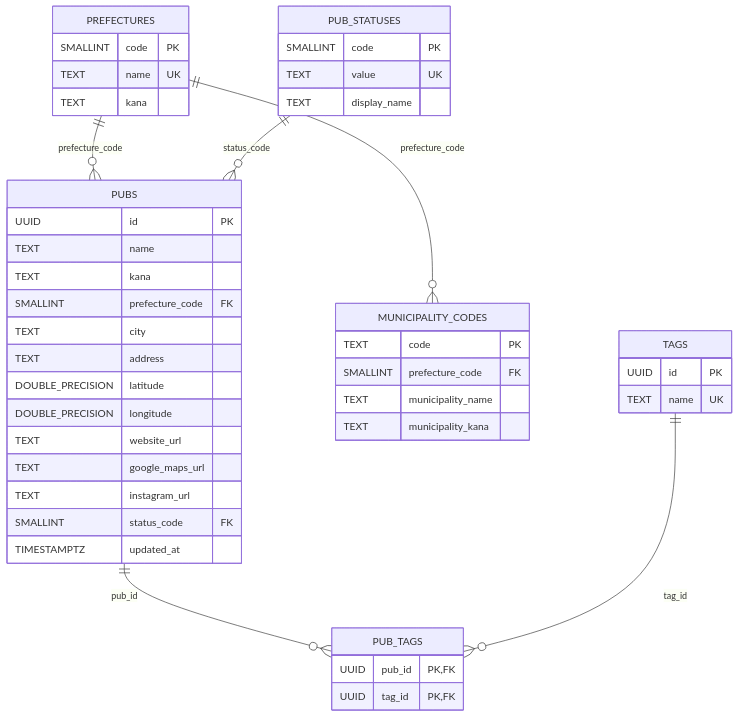
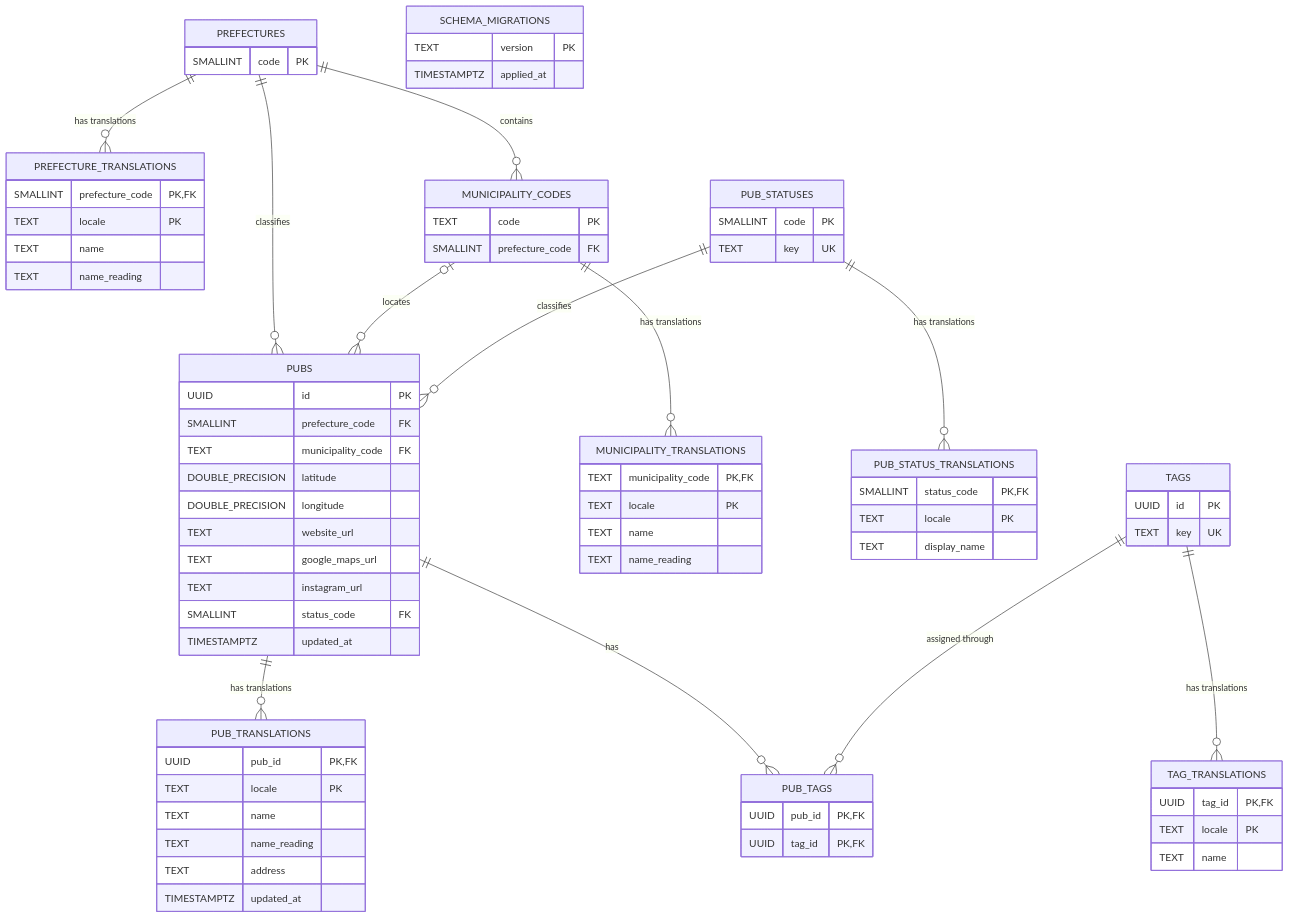
One commit to yusukefr/irishpub-map changed the diagram in docs/specs/database.md. Above: the diagram before and after it, drawn with Mermaid. The commit also changed other lines of this file and 4 other files, not shown here.

````diff
--- a/docs/specs/database.md
+++ b/docs/specs/database.md
@@ -29,48 +30,80 @@
 ```mermaid
 erDiagram
-  PREFECTURES ||--o{ PUBS : "prefecture_code"
-  PUB_STATUSES ||--o{ PUBS : "status_code"
-  PREFECTURES ||--o{ MUNICIPALITY_CODES : "prefecture_code"
-  PUBS ||--o{ PUB_TAGS : "pub_id"
-  TAGS ||--o{ PUB_TAGS : "tag_id"
+  PREFECTURES ||--o{ PREFECTURE_TRANSLATIONS : "has translations"
+  PREFECTURES ||--o{ MUNICIPALITY_CODES : "contains"
+  PREFECTURES ||--o{ PUBS : "classifies"
+  MUNICIPALITY_CODES ||--o{ MUNICIPALITY_TRANSLATIONS : "has translations"
+  MUNICIPALITY_CODES o|--o{ PUBS : "locates"
+  PUB_STATUSES ||--o{ PUB_STATUS_TRANSLATIONS : "has translations"
+  PUB_STATUSES ||--o{ PUBS : "classifies"
+  PUBS ||--o{ PUB_TRANSLATIONS : "has translations"
+  PUBS ||--o{ PUB_TAGS : "has"
+  TAGS ||--o{ TAG_TRANSLATIONS : "has translations"
+  TAGS ||--o{ PUB_TAGS : "assigned through"
 
   PUBS {
     UUID id PK
-    TEXT name
-    TEXT kana
     SMALLINT prefecture_code FK
-    TEXT city
-    TEXT address
+    TEXT municipality_code FK
     DOUBLE_PRECISION latitude
     DOUBLE_PRECISION longitude
     TEXT website_url
     TEXT google_maps_url
     TEXT instagram_url
     SMALLINT status_code FK
     TIMESTAMPTZ updated_at
   }
+  PUB_TRANSLATIONS {
+    UUID pub_id PK, FK
+    TEXT locale PK
+    TEXT name
+    TEXT name_reading
+    TEXT address
+    TIMESTAMPTZ updated_at
+  }
   PREFECTURES {
     SMALLINT code PK
-    TEXT name UK
-    TEXT kana
   }
-  PUB_STATUSES {
-    SMALLINT code PK
-    TEXT value UK
-    TEXT display_name
+  PREFECTURE_TRANSLATIONS {
+    SMALLINT prefecture_code PK, FK
+    TEXT locale PK
+    TEXT name
+    TEXT name_reading
   }
   MUNICIPALITY_CODES {
     TEXT code PK
     SMALLINT prefecture_code FK
-    TEXT municipality_name
-    TEXT municipality_kana
+  }
+  MUNICIPALITY_TRANSLATIONS {
+    TEXT municipality_code PK, FK
+    TEXT locale PK
+    TEXT name
+    TEXT name_reading
+  }
+  PUB_STATUSES {
+    SMALLINT code PK
+    TEXT key UK
+  }
+  PUB_STATUS_TRANSLATIONS {
+    SMALLINT status_code PK, FK
+    TEXT locale PK
+    TEXT display_name
   }
   TAGS {
     UUID id PK
-    TEXT name UK
+    TEXT key UK
+  }
+  TAG_TRANSLATIONS {
+    UUID tag_id PK, FK
+    TEXT locale PK
+    TEXT name
   }
   PUB_TAGS {
     UUID pub_id PK, FK
     UUID tag_id PK, FK
   }
+  SCHEMA_MIGRATIONS {
+    TEXT version PK
+    TIMESTAMPTZ applied_at
+  }
 ```
````
